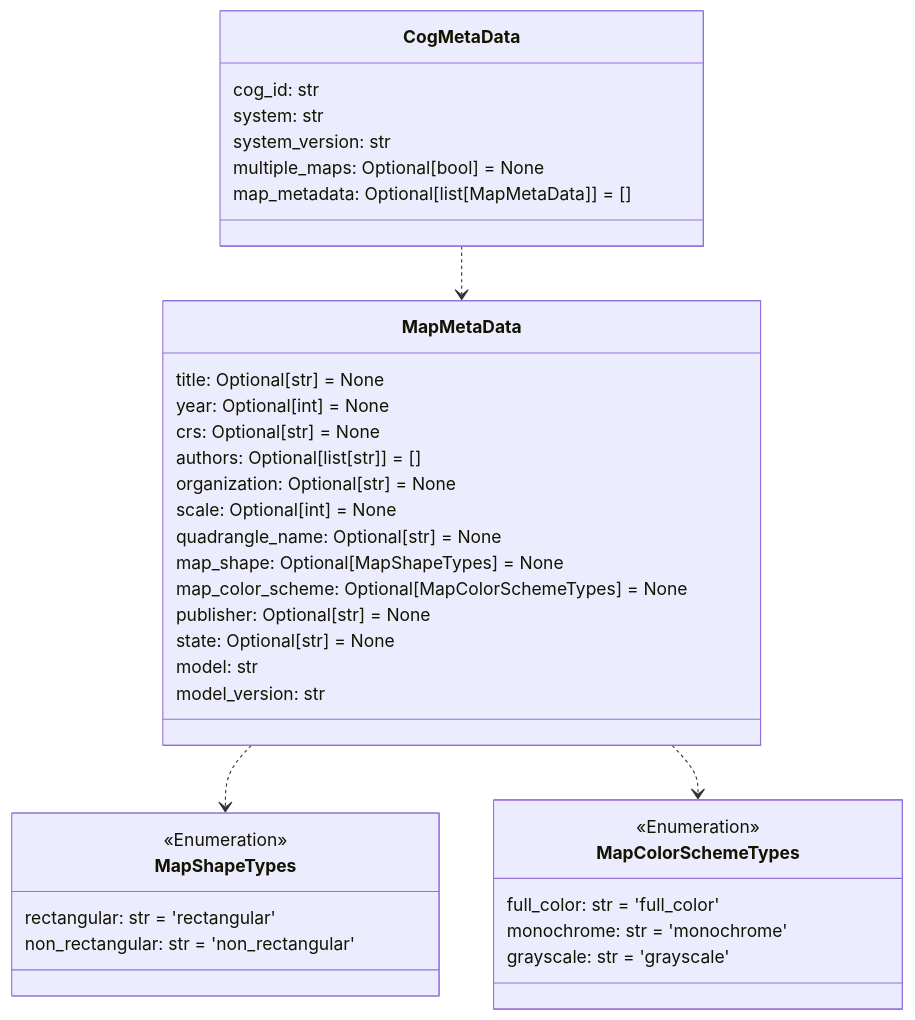
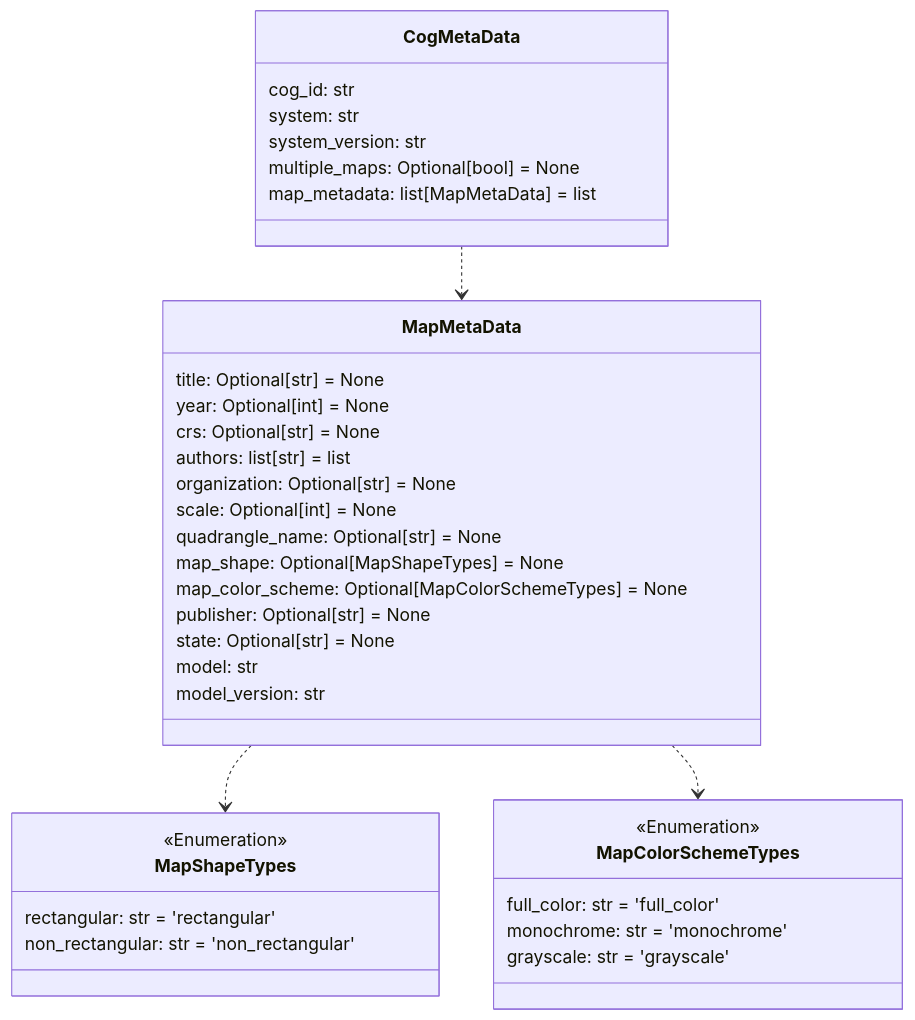
Before and after one commit to DARPA-CRITICALMAAS/cdr_schemas: the eighth of 12 diagrams in README.md, drawn with Mermaid. The commit also changed other lines of this file and 7 other files, not shown here.

````diff
--- a/README.md
+++ b/README.md
@@ -613,46 +613,46 @@
 ```mermaid
 classDiagram
 
     class MapShapeTypes {
         <<Enumeration>>
         rectangular: str = 'rectangular'
         non_rectangular: str = 'non_rectangular'
     }
 
+    class CogMetaData {
+        cog_id: str
+        system: str
+        system_version: str
+        multiple_maps: Optional[bool] = None
+        map_metadata: list[MapMetaData] = list
+    }
+
     class MapMetaData {
         title: Optional[str] = None
         year: Optional[int] = None
         crs: Optional[str] = None
-        authors: Optional[list[str]] = []
+        authors: list[str] = list
         organization: Optional[str] = None
         scale: Optional[int] = None
         quadrangle_name: Optional[str] = None
         map_shape: Optional[MapShapeTypes] = None
         map_color_scheme: Optional[MapColorSchemeTypes] = None
         publisher: Optional[str] = None
         state: Optional[str] = None
         model: str
         model_version: str
-    }
-
-    class CogMetaData {
-        cog_id: str
-        system: str
-        system_version: str
-        multiple_maps: Optional[bool] = None
-        map_metadata: Optional[list[MapMetaData]] = []
     }
 
     class MapColorSchemeTypes {
         <<Enumeration>>
         full_color: str = 'full_color'
         monochrome: str = 'monochrome'
         grayscale: str = 'grayscale'
     }
 
     MapMetaData ..> MapShapeTypes
     MapMetaData ..> MapColorSchemeTypes
     CogMetaData ..> MapMetaData
 
 
 ```
````
